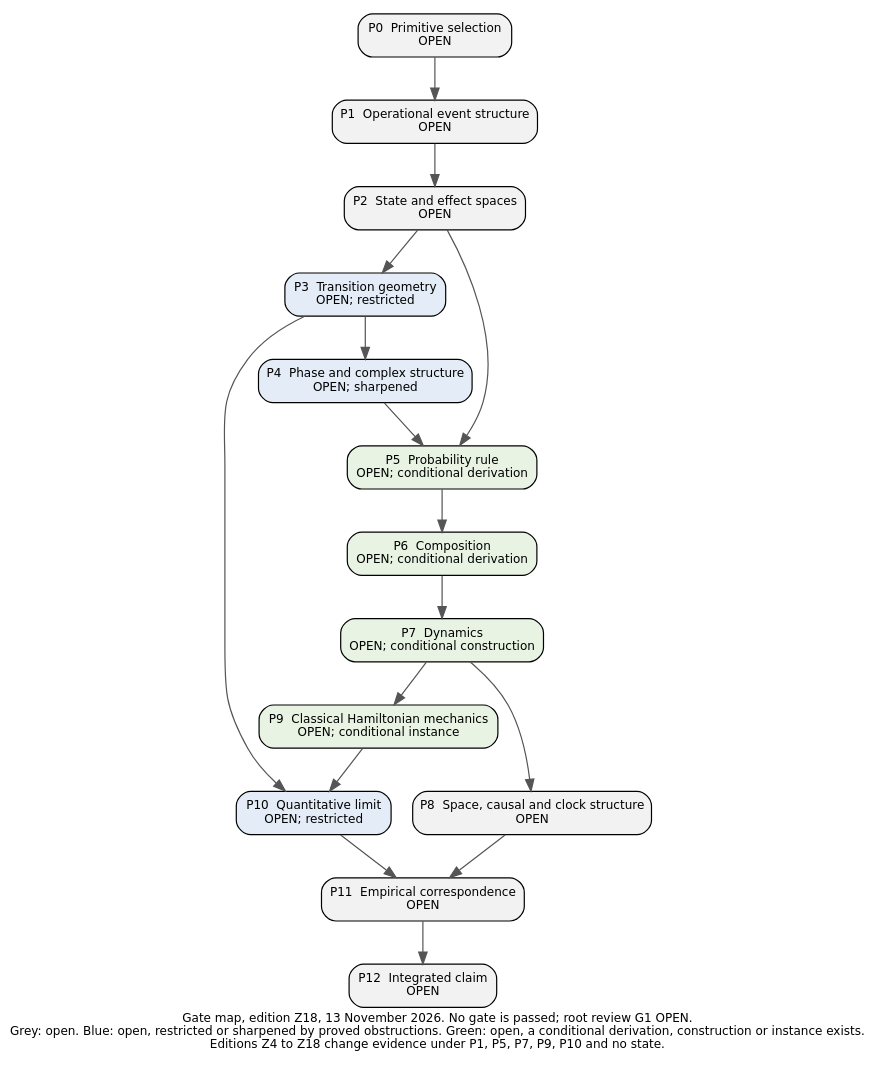
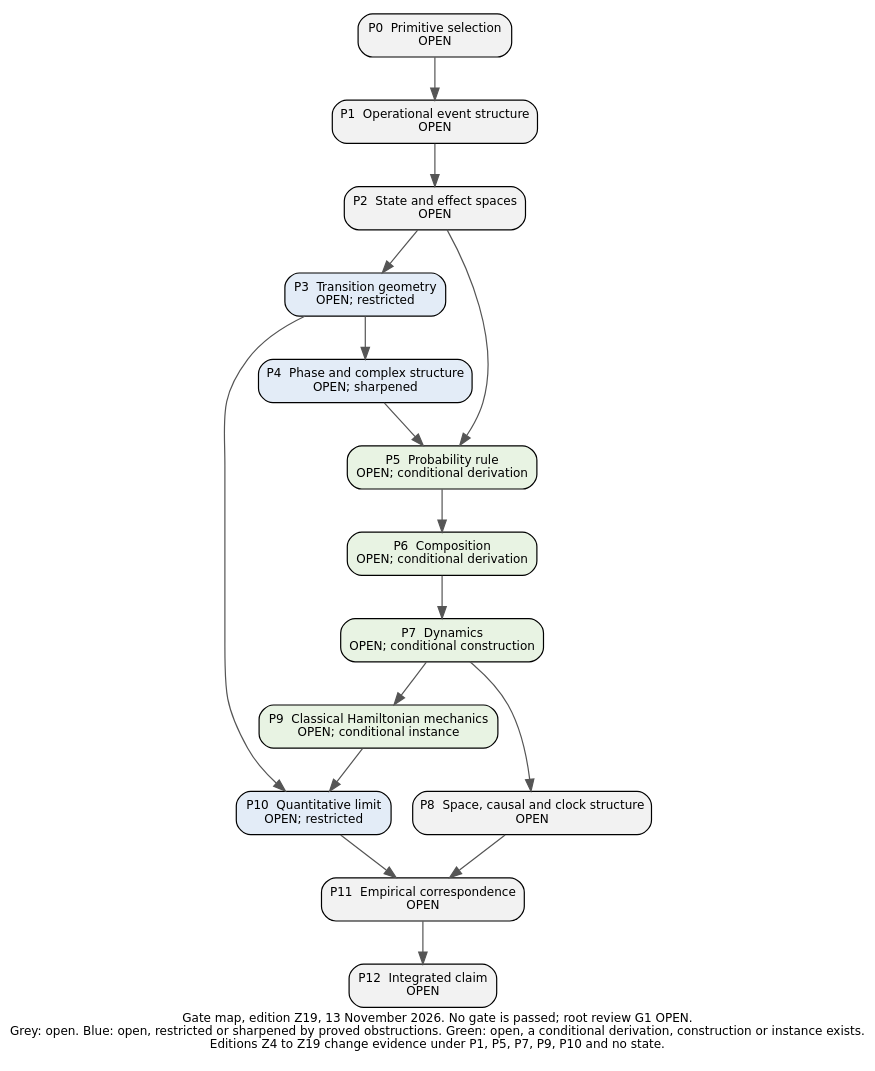
Before and after one commit to KirtusJ/From-Prephysical-Hypotheses-to-Physical-Models: the diagram in edition/PROGRAM/figures/Gate_Map_2026-11-13.dot, drawn with Graphviz. The commit also changed 116 other files, not shown here.

```diff
--- a/edition/PROGRAM/figures/Gate_Map_2026-11-13.dot
+++ b/edition/PROGRAM/figures/Gate_Map_2026-11-13.dot
@@ -1,30 +1,30 @@
-digraph G { rankdir=TB; node [shape=box, style="filled,rounded", fontname="DejaVu Sans", fontsize=10, margin="0.12,0.07"]; edge [color="#555555"]; label="Gate map, edition Z18, 13 November 2026. No gate is passed; root review G1 OPEN.\nGrey: open. Blue: open, restricted or sharpened by proved obstructions. Green: open, a conditional derivation, construction or instance exists.\nEditions Z4 to Z18 change evidence under P1, P5, P7, P9, P10 and no state."; fontname="DejaVu Sans"; fontsize=10; labelloc=b;
+digraph G { rankdir=TB; node [shape=box, style="filled,rounded", fontname="DejaVu Sans", fontsize=10, margin="0.12,0.07"]; edge [color="#555555"]; label="Gate map, edition Z19, 13 November 2026. No gate is passed; root review G1 OPEN.\nGrey: open. Blue: open, restricted or sharpened by proved obstructions. Green: open, a conditional derivation, construction or instance exists.\nEditions Z4 to Z19 change evidence under P1, P5, P7, P9, P10 and no state."; fontname="DejaVu Sans"; fontsize=10; labelloc=b;
 P0 [label="P0  Primitive selection\nOPEN", fillcolor="#f2f2f2"];
 P1 [label="P1  Operational event structure\nOPEN", fillcolor="#f2f2f2"];
 P2 [label="P2  State and effect spaces\nOPEN", fillcolor="#f2f2f2"];
 P3 [label="P3  Transition geometry\nOPEN; restricted", fillcolor="#e3ecf7"];
 P4 [label="P4  Phase and complex structure\nOPEN; sharpened", fillcolor="#e3ecf7"];
 P5 [label="P5  Probability rule\nOPEN; conditional derivation", fillcolor="#e8f3e3"];
 P6 [label="P6  Composition\nOPEN; conditional derivation", fillcolor="#e8f3e3"];
 P7 [label="P7  Dynamics\nOPEN; conditional construction", fillcolor="#e8f3e3"];
 P8 [label="P8  Space, causal and clock structure\nOPEN", fillcolor="#f2f2f2"];
 P9 [label="P9  Classical Hamiltonian mechanics\nOPEN; conditional instance", fillcolor="#e8f3e3"];
 P10 [label="P10  Quantitative limit\nOPEN; restricted", fillcolor="#e3ecf7"];
 P11 [label="P11  Empirical correspondence\nOPEN", fillcolor="#f2f2f2"];
 P12 [label="P12  Integrated claim\nOPEN", fillcolor="#f2f2f2"];
 P0 -> P1;
 P1 -> P2;
 P2 -> P3;
 P3 -> P4;
 P2 -> P5;
 P4 -> P5;
 P5 -> P6;
 P6 -> P7;
 P7 -> P8;
 P7 -> P9;
 P3 -> P10;
 P9 -> P10;
 P8 -> P11;
 P10 -> P11;
 P11 -> P12;
 }
```
